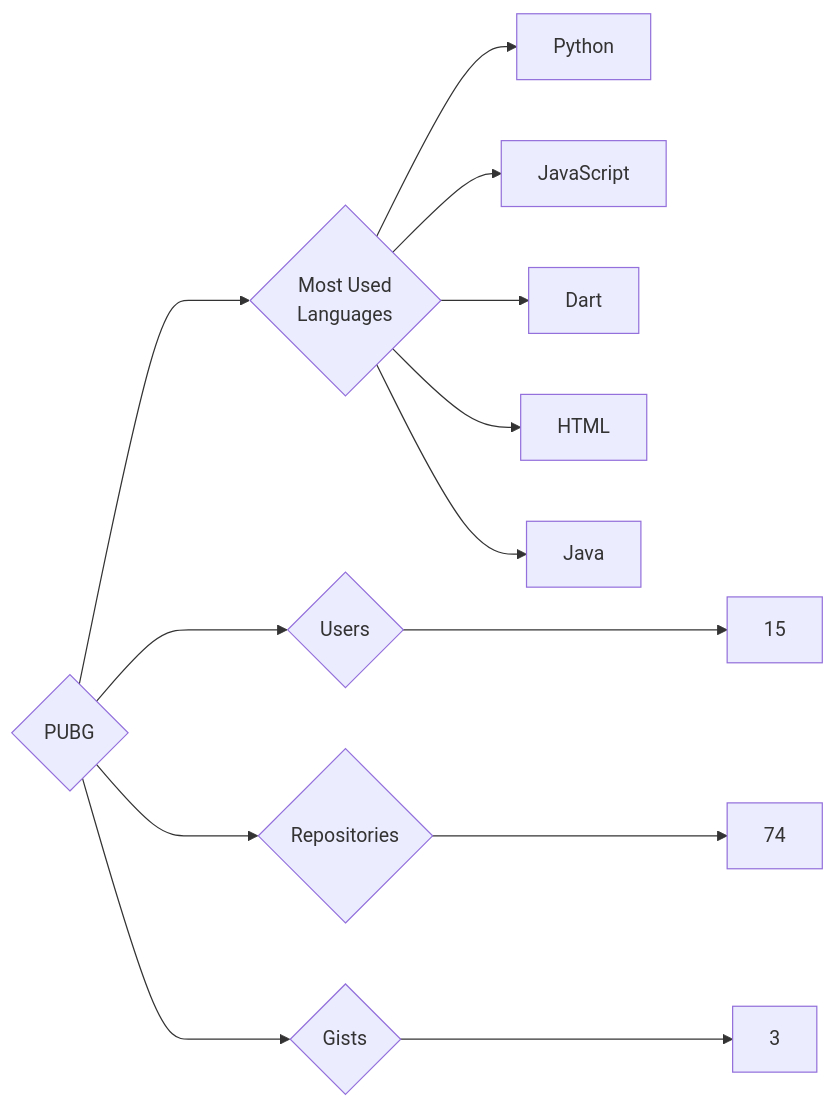
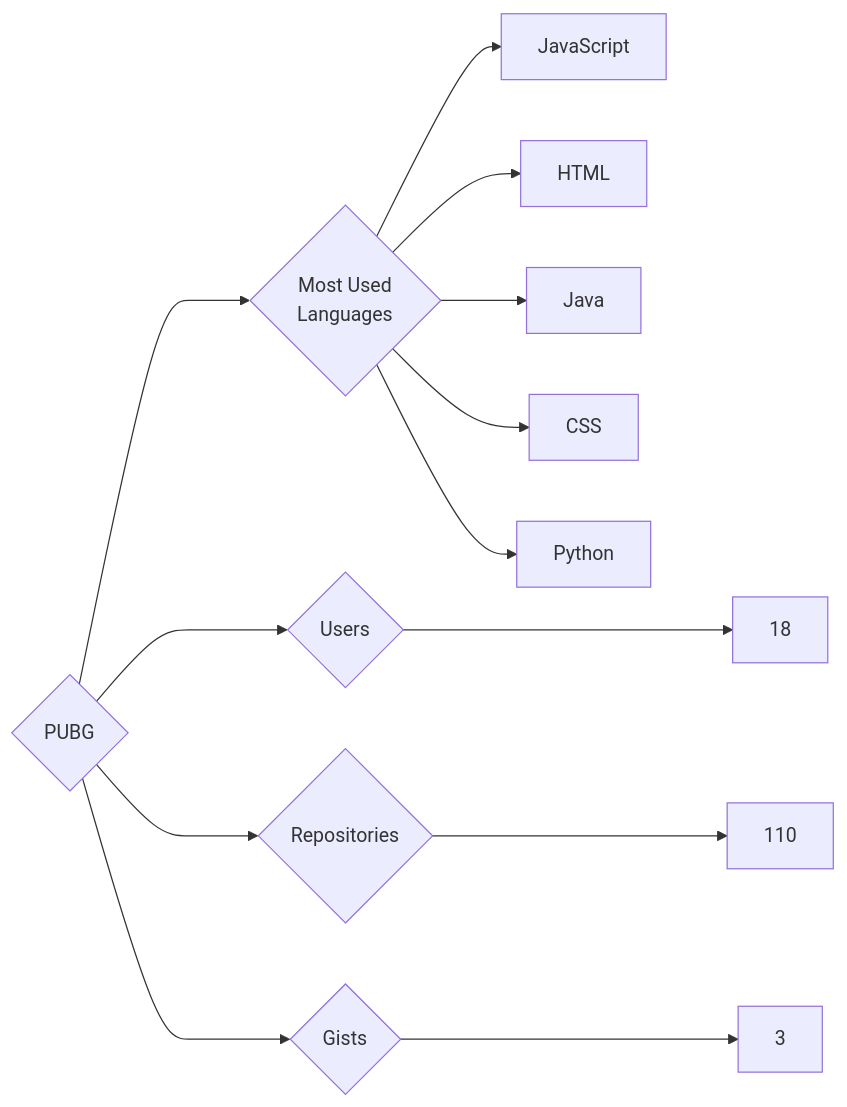
Before and after one commit to trickest/insiders: the diagram in targets/PUBG/README.md, drawn with Mermaid. The commit also changed 953 other files, not shown here.

````diff
--- a/targets/PUBG/README.md
+++ b/targets/PUBG/README.md
@@ -3,13 +3,13 @@
 ```mermaid
 graph LR
 COMPANY_NAME{PUBG}
-COMPANY_NAME ---> U{Users} ---> UN[15]
-COMPANY_NAME ---> R{Repositories} ---> RN[74]
+COMPANY_NAME ---> U{Users} ---> UN[18]
+COMPANY_NAME ---> R{Repositories} ---> RN[110]
 COMPANY_NAME ---> G{Gists} ---> GN[3]
 COMPANY_NAME ---> ML{Most Used<br>Languages}
-ML --> Python[Python]
 ML --> JavaScript[JavaScript]
-ML --> Dart[Dart]
 ML --> HTML[HTML]
 ML --> Java[Java]
+ML --> CSS[CSS]
+ML --> Python[Python]
 ```
````
